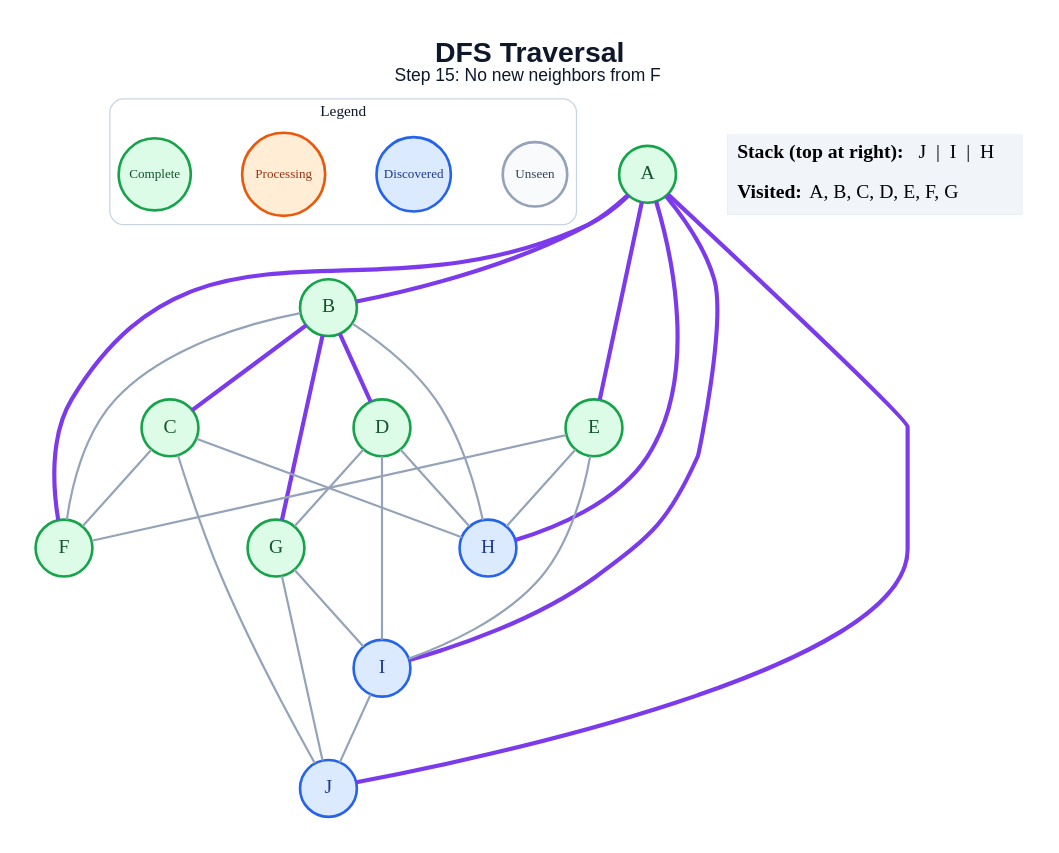
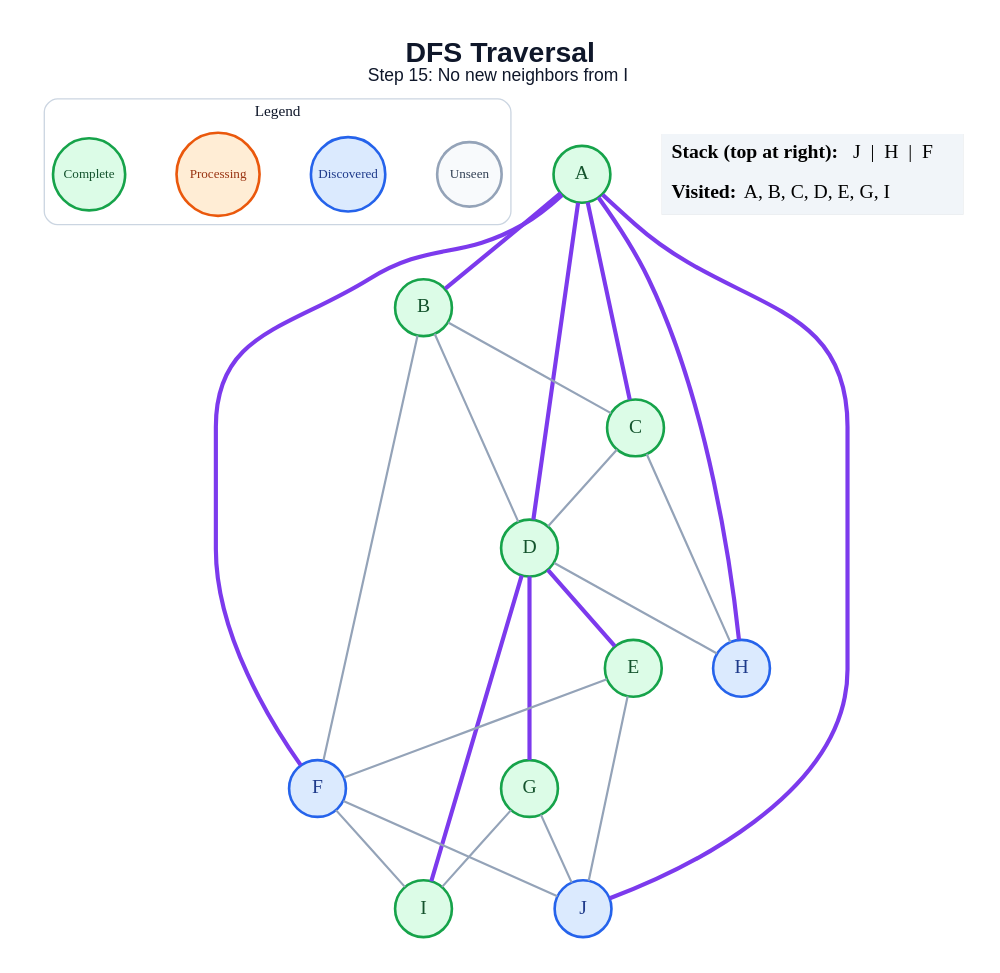
Before and after one commit to amanghodawala9/ai-slop: the diagram in generated/dfs/step_15.dot, drawn with Graphviz. The commit also changed 178 other files, not shown here.

```diff
--- a/generated/dfs/step_15.dot
+++ b/generated/dfs/step_15.dot
@@ -1,52 +1,50 @@
 graph traversal {
   graph [layout=dot, rankdir=TB, bgcolor="#FFFFFF", pad="0.35", nodesep="0.65", ranksep="0.8", fontname="Arial"];
   node [shape=circle, style="filled", fontname="Arial Bold", fontsize=18, width=0.72, fixedsize=true, penwidth=2.4];
   edge [color="#94A3B8", penwidth=2.0];
-  label=<<B>DFS Traversal</B><BR/><FONT POINT-SIZE="16">Step 15: No new neighbors from F</FONT>>; labelloc="t"; fontsize=26; fontname="Arial"; fontcolor="#0F172A";
+  label=<<B>DFS Traversal</B><BR/><FONT POINT-SIZE="16">Step 15: No new neighbors from I</FONT>>; labelloc="t"; fontsize=26; fontname="Arial"; fontcolor="#0F172A";
   subgraph cluster_legend { label="Legend"; color="#CBD5E1"; penwidth=1.2; style="rounded"; fontsize=14; fontname="Arial Bold";
     key_unseen [label="Unseen", fillcolor="#F8FAFC", color="#94A3B8", fontcolor="#334155", fontsize=12, width=0.82];
     key_frontier [label="Discovered", fillcolor="#DBEAFE", color="#2563EB", fontcolor="#1E3A8A", fontsize=12, width=0.95];
     key_current [label="Processing", fillcolor="#FFEDD5", color="#EA580C", fontcolor="#9A3412", fontsize=12, width=1.05];
     key_done [label="Complete", fillcolor="#DCFCE7", color="#16A34A", fontcolor="#14532D", fontsize=12, width=0.92];
     { rank=same; key_unseen; key_frontier; key_current; key_done; }
   }
   A [fillcolor="#DCFCE7", color="#16A34A", fontcolor="#14532D"];
   B [fillcolor="#DCFCE7", color="#16A34A", fontcolor="#14532D"];
   C [fillcolor="#DCFCE7", color="#16A34A", fontcolor="#14532D"];
   D [fillcolor="#DCFCE7", color="#16A34A", fontcolor="#14532D"];
   E [fillcolor="#DCFCE7", color="#16A34A", fontcolor="#14532D"];
-  F [fillcolor="#DCFCE7", color="#16A34A", fontcolor="#14532D"];
+  F [fillcolor="#DBEAFE", color="#2563EB", fontcolor="#1E3A8A"];
   G [fillcolor="#DCFCE7", color="#16A34A", fontcolor="#14532D"];
   H [fillcolor="#DBEAFE", color="#2563EB", fontcolor="#1E3A8A"];
-  I [fillcolor="#DBEAFE", color="#2563EB", fontcolor="#1E3A8A"];
+  I [fillcolor="#DCFCE7", color="#16A34A", fontcolor="#14532D"];
   J [fillcolor="#DBEAFE", color="#2563EB", fontcolor="#1E3A8A"];
   A -- B [color="#7C3AED", penwidth=3.8];
-  A -- E [color="#7C3AED", penwidth=3.8];
+  A -- C [color="#7C3AED", penwidth=3.8];
+  A -- D [color="#7C3AED", penwidth=3.8];
   A -- F [color="#7C3AED", penwidth=3.8];
   A -- H [color="#7C3AED", penwidth=3.8];
-  A -- I [color="#7C3AED", penwidth=3.8];
   A -- J [color="#7C3AED", penwidth=3.8];
-  B -- C [color="#7C3AED", penwidth=3.8];
-  B -- D [color="#7C3AED", penwidth=3.8];
+  B -- C;
+  B -- D;
   B -- F;
-  B -- G [color="#7C3AED", penwidth=3.8];
-  B -- H;
-  C -- F;
+  C -- D;
   C -- H;
-  C -- J;
-  D -- G;
+  D -- E [color="#7C3AED", penwidth=3.8];
+  D -- G [color="#7C3AED", penwidth=3.8];
   D -- H;
-  D -- I;
+  D -- I [color="#7C3AED", penwidth=3.8];
   E -- F;
-  E -- H;
-  E -- I;
+  E -- J;
+  F -- I;
+  F -- J;
   G -- I;
   G -- J;
-  I -- J;
   status [shape=plain, fixedsize=false, width=0, height=0, margin=0, label=<
     <TABLE BORDER="0" CELLBORDER="0" CELLPADDING="7" BGCOLOR="#F1F5F9">
-      <TR><TD ALIGN="LEFT"><B>Stack (top at right):</B> J  |  I  |  H</TD></TR>
-      <TR><TD ALIGN="LEFT"><B>Visited:</B> A, B, C, D, E, F, G</TD></TR>
+      <TR><TD ALIGN="LEFT"><B>Stack (top at right):</B> J  |  H  |  F</TD></TR>
+      <TR><TD ALIGN="LEFT"><B>Visited:</B> A, B, C, D, E, G, I</TD></TR>
     </TABLE>
   >];
 }
```
